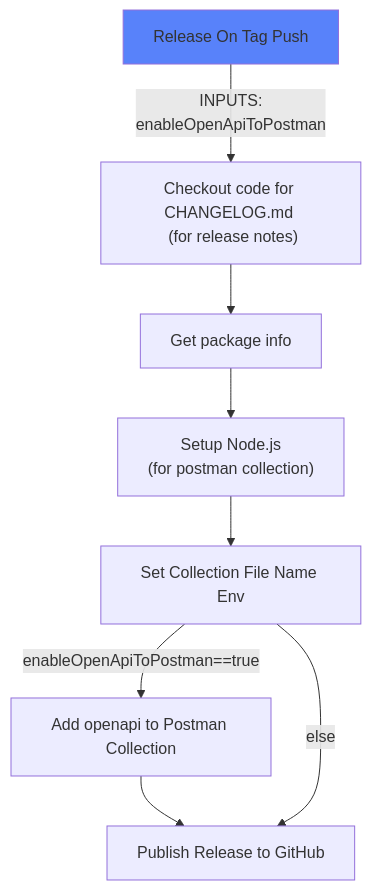
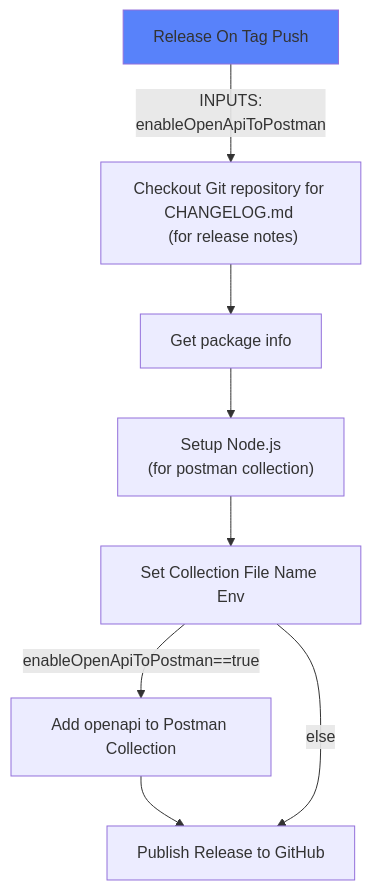
The fourth of 5 diagrams in README.md (MapColonies/shared-workflows), drawn with Mermaid before and after one commit.

Commit message:
docs: using more precise words

````diff
--- a/README.md
+++ b/README.md
@@ -97,11 +97,11 @@
 ```mermaid
 flowchart TD
     classDef head fill:#5882FA
-    A[Release On Tag Push]:::head -->|INPUTS: \n enableOpenApiToPostman| C["Checkout code for CHANGELOG.md \n (for release notes)"]
+    A[Release On Tag Push]:::head -->|INPUTS: \n enableOpenApiToPostman| C["Checkout Git repository for CHANGELOG.md \n (for release notes)"]
     C --> D[Get package info]
     D --> E["Setup Node.js \n (for postman collection)"]
     E --> F[Set Collection File Name Env]
     F -->|enableOpenApiToPostman==true| G[Add openapi to Postman Collection]
     G --> H[Publish Release to GitHub]
     F --> |else| H
 ```
````
